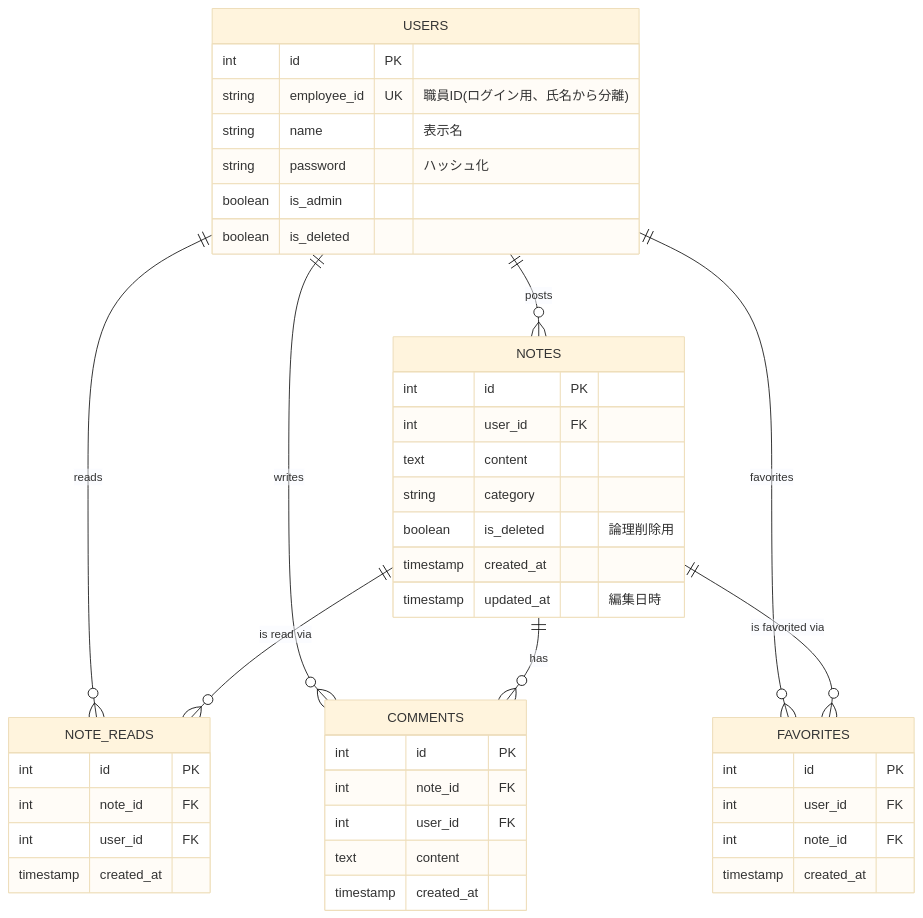
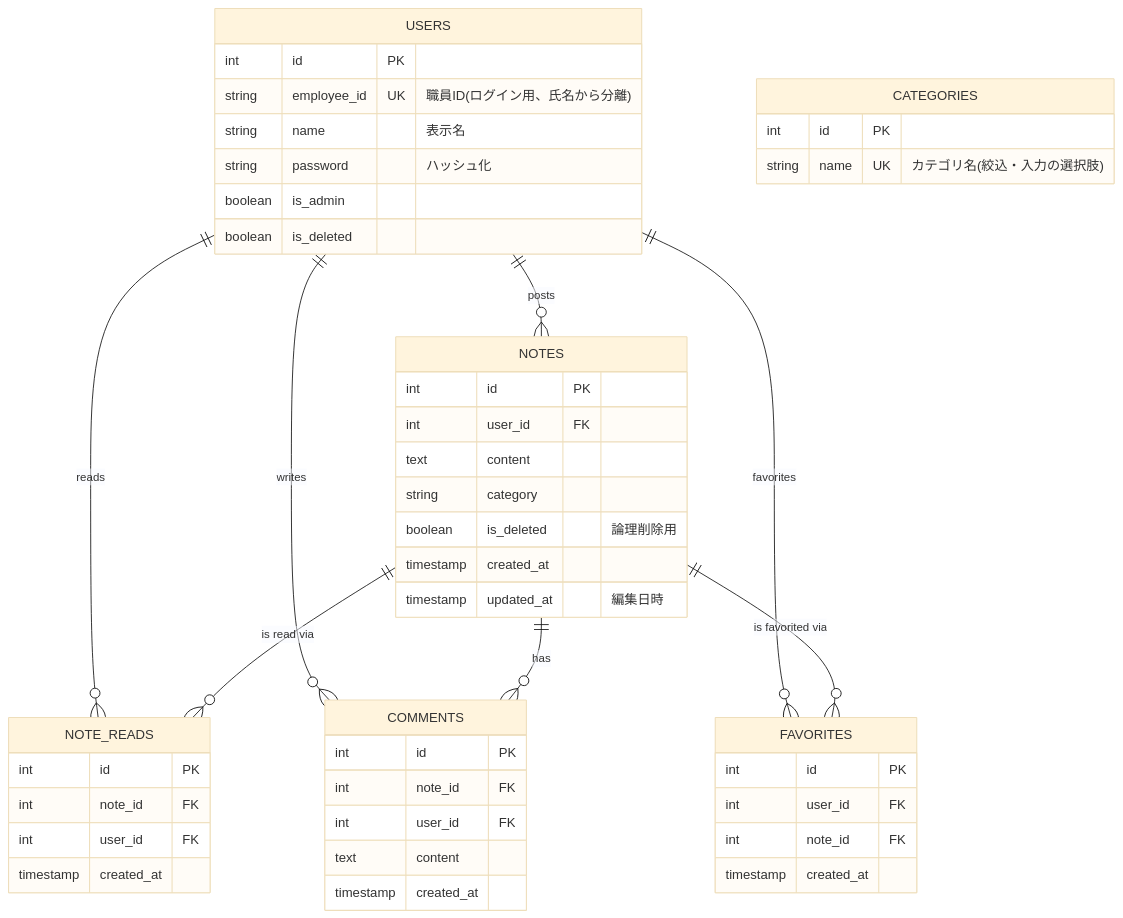
One commit to justayui/CommunicationNotebook changed the second of 2 diagrams in docs/requirements.md. Above: the diagram before and after it, drawn with Mermaid (base theme). The commit also changed other lines of this file, not shown here.

````diff
--- a/docs/requirements.md
+++ b/docs/requirements.md
@@ -296,47 +298,51 @@
 ```mermaid
 erDiagram
     USERS ||--o{ NOTES : "posts"
     USERS ||--o{ NOTE_READS : "reads"
     USERS ||--o{ COMMENTS : "writes"
     USERS ||--o{ FAVORITES : "favorites"
     NOTES ||--o{ NOTE_READS : "is read via"
     NOTES ||--o{ COMMENTS : "has"
     NOTES ||--o{ FAVORITES : "is favorited via"
 
+    CATEGORIES {
+        int id PK
+        string name UK "カテゴリ名(絞込・入力の選択肢)"
+    }
     USERS {
         int id PK
         string employee_id UK "職員ID(ログイン用、氏名から分離)"
         string name "表示名"
         string password "ハッシュ化"
         boolean is_admin
         boolean is_deleted
     }
     NOTES {
         int id PK
         int user_id FK
         text content
         string category
         boolean is_deleted "論理削除用"
         timestamp created_at
         timestamp updated_at "編集日時"
     }
     NOTE_READS {
         int id PK
         int note_id FK
         int user_id FK
         timestamp created_at
     }
     COMMENTS {
         int id PK
         int note_id FK
         int user_id FK
         text content
         timestamp created_at
     }
     FAVORITES {
         int id PK
         int user_id FK
         int note_id FK
         timestamp created_at
     }
 ```
````
